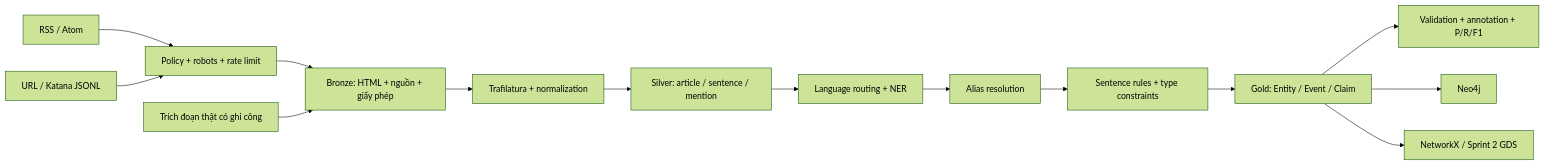
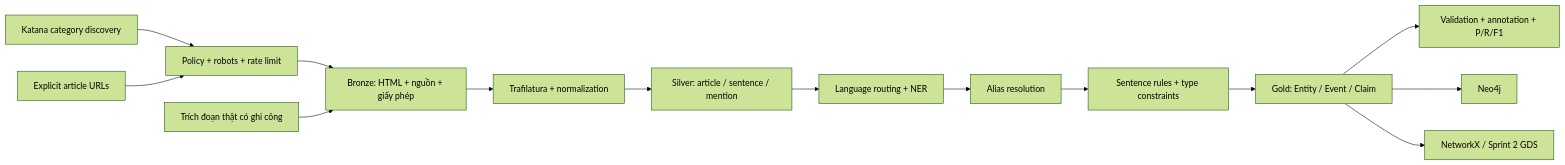
The diagram in docs/ARCHITECTURE.md (danqNg0911/weconomy), drawn with Mermaid (forest theme) before and after one commit. The commit also changed other lines of this file and 39 other files, not shown here.

````diff
--- a/docs/ARCHITECTURE.md
+++ b/docs/ARCHITECTURE.md
@@ -5,16 +5,16 @@
 ```mermaid
 flowchart LR
-    RSS[RSS / Atom] --> Gate[Policy + robots + rate limit]
-    K[URL / Katana JSONL] --> Gate
+    K[Katana category discovery] --> Gate[Policy + robots + rate limit]
+    U[Explicit article URLs] --> Gate
     Gate --> B[Bronze: HTML + nguồn + giấy phép]
     Local[Trích đoạn thật có ghi công] --> B
     B --> T[Trafilatura + normalization]
     T --> S[Silver: article / sentence / mention]
     S --> L[Language routing + NER]
     L --> ER[Alias resolution]
     ER --> RE[Sentence rules + type constraints]
     RE --> G[Gold: Entity / Event / Claim]
     G --> Q[Validation + annotation + P/R/F1]
     G --> N[Neo4j]
     G --> A[NetworkX / Sprint 2 GDS]
 ```
````
